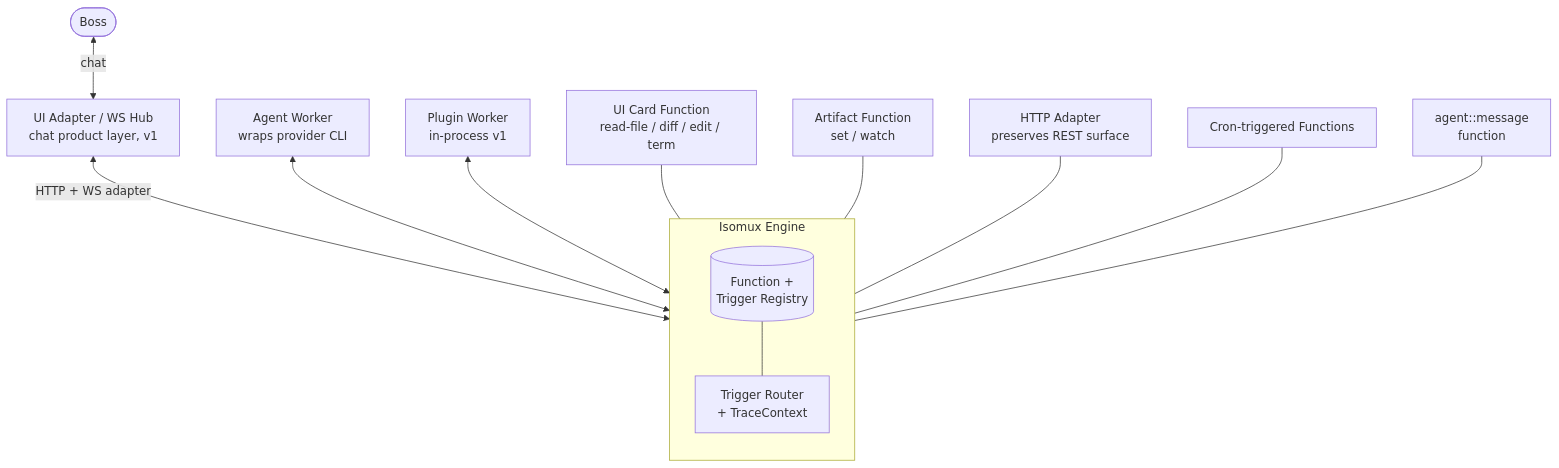
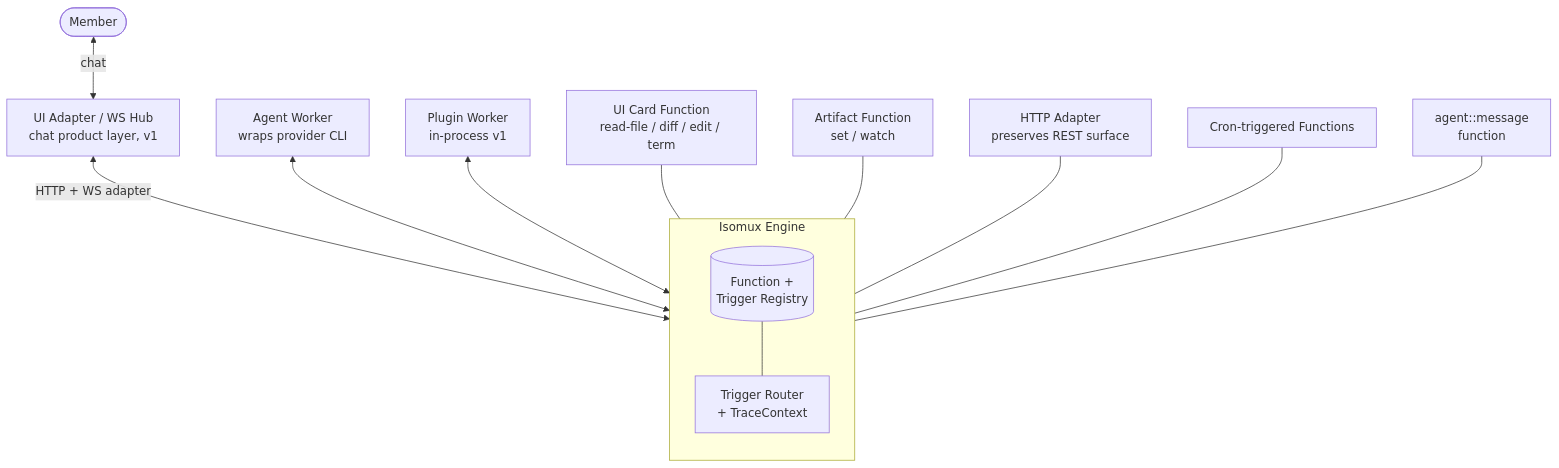
The second of 2 diagrams in internal-docs/unified-worker-model.md (nmamano/isomux), drawn with Mermaid before and after one commit. The commit also changed other lines of this file and 99 other files, not shown here.

First line of the commit message:
Terminology: office member, office owner and manager replace boss and user in every person-facing prose surface (P0 b5eeb3c1)

````diff
--- a/internal-docs/unified-worker-model.md
+++ b/internal-docs/unified-worker-model.md
@@ -65,31 +65,31 @@
 ```mermaid
 flowchart TB
-    Boss([Boss])
+    Boss([Member])
 
     subgraph Engine["Isomux Engine"]
       direction TB
       REG[(Function +<br/>Trigger Registry)]
       TR[Trigger Router<br/>+ TraceContext]
       REG --- TR
     end
 
     UI[UI Adapter / WS Hub<br/>chat product layer, v1]
     AGENT[Agent Worker<br/>wraps provider CLI]
     PLUGIN[Plugin Worker<br/>in-process v1]
     UICARD[UI Card Function<br/>read-file / diff / edit / term]
     ART[Artifact Function<br/>set / watch]
     HTTPADAPTER[HTTP Adapter<br/>preserves REST surface]
     CRONFN[Cron-triggered Functions]
     INTERAGENT[agent::message<br/>function]
 
     Boss <-->|chat| UI
 
     UI <-->|HTTP + WS adapter| REG
     AGENT <--> REG
     PLUGIN <--> REG
     UICARD --- REG
     ART --- REG
     HTTPADAPTER --- REG
     CRONFN --- REG
     INTERAGENT --- REG
 ```
````
